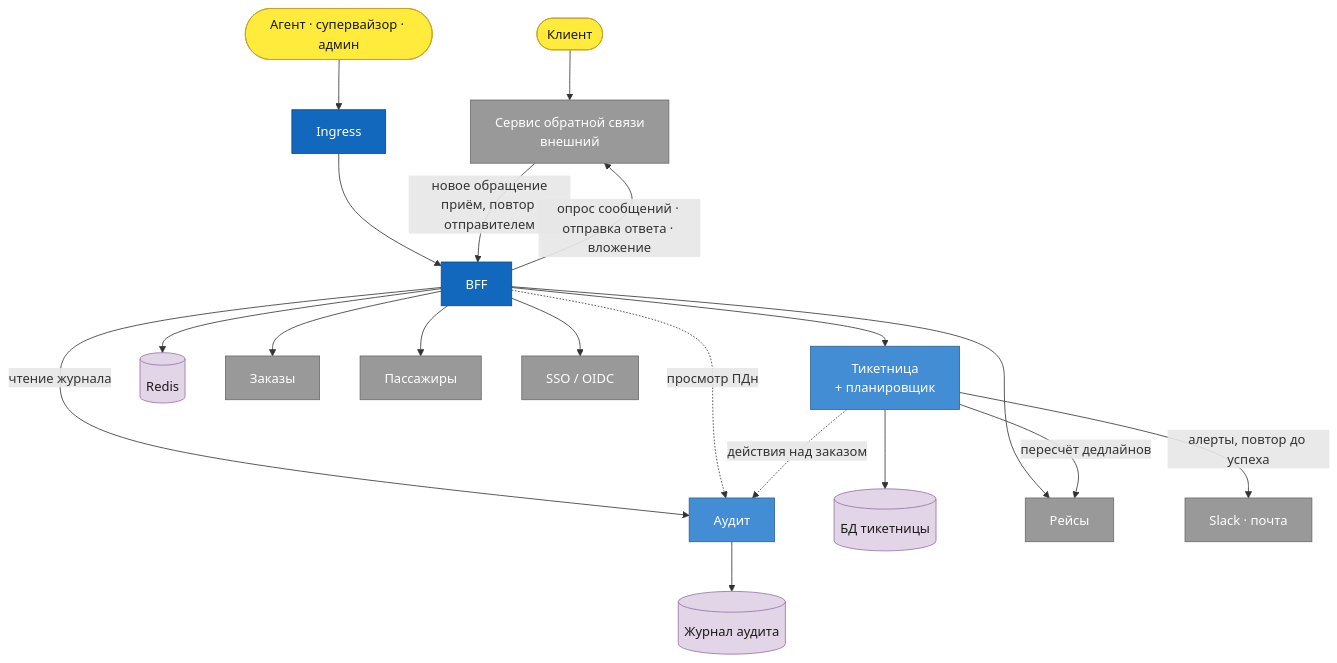
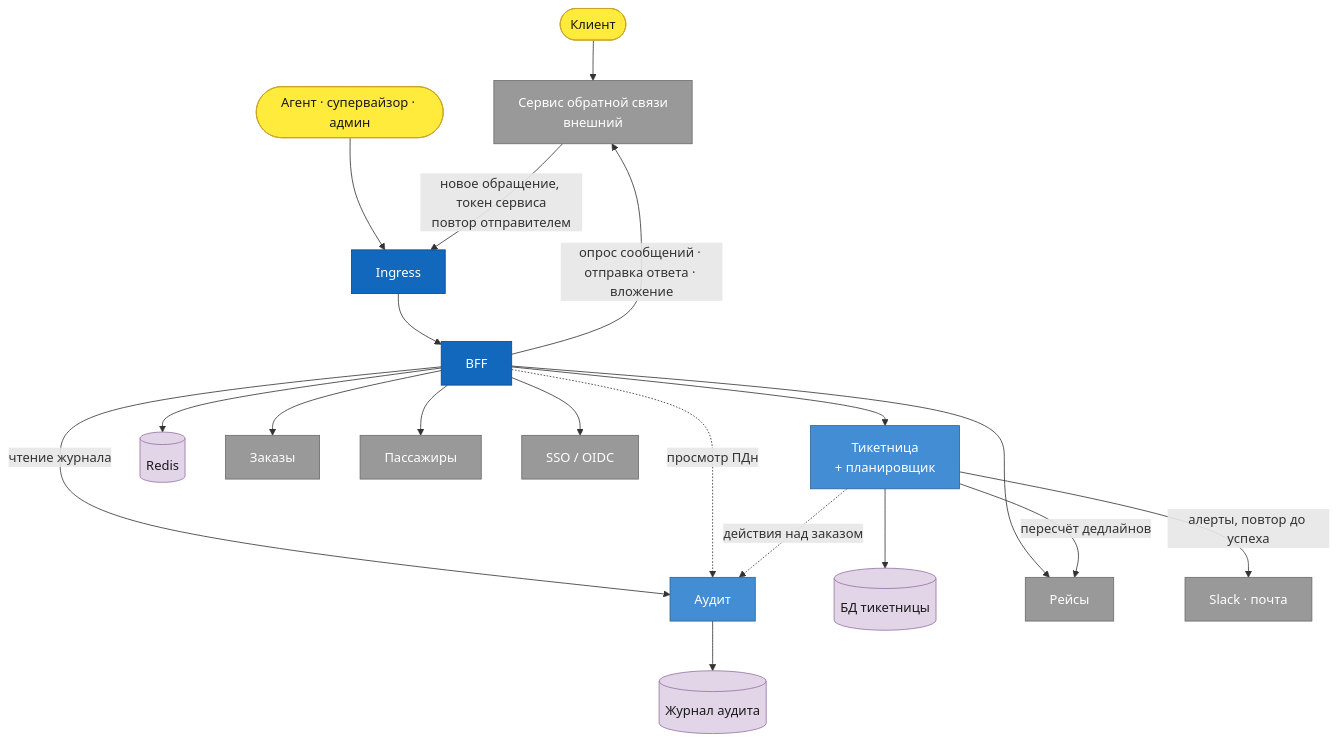
One commit to lionlimon/otus_lessons changed the first of 2 diagrams in docs/views/interaction-map.md. Above: the diagram before and after it, drawn with Mermaid. The commit also changed other lines of this file and 6 other files, not shown here.

````diff
--- a/docs/views/interaction-map.md
+++ b/docs/views/interaction-map.md
@@ -9,53 +9,53 @@
 ```mermaid
 flowchart TB
     CL(["Клиент"])
     AG(["Агент · супервайзор · админ"])
 
     FB["Сервис обратной связи<br/>внешний"]
     I["Ingress"]
     F["BFF"]
     T["Тикетница<br/>+ планировщик"]
     AU["Аудит"]
     RD[("Redis")]
     DB[("БД тикетницы")]
     ADB[("Журнал аудита")]
     OR["Заказы"]
     FL["Рейсы"]
     PX["Пассажиры"]
     ID["SSO / OIDC"]
     SL["Slack · почта"]
 
     CL --> FB
     AG --> I
     I --> F
 
-    FB -->|"новое обращение<br/>приём, повтор отправителем"| F
+    FB -->|"новое обращение, токен сервиса<br/>повтор отправителем"| I
     F -->|"опрос сообщений · отправка ответа · вложение"| FB
 
     F --> T
     F --> RD
     F --> OR
     F --> FL
     F --> PX
     F --> ID
     F -->|"чтение журнала"| AU
     F -.->|"просмотр ПДн"| AU
 
     T --> DB
     T -->|"пересчёт дедлайнов"| FL
     T -->|"алерты, повтор до успеха"| SL
     T -.->|"действия над заказом"| AU
     AU --> ADB
 
     classDef actor fill:#FFEB3B,stroke:#C9A227,color:#1a1a1a;
     classDef entry fill:#1168bd,stroke:#0b4884,color:#ffffff;
     classDef svc fill:#438dd5,stroke:#2e6295,color:#ffffff;
     classDef ext fill:#999999,stroke:#6b6b6b,color:#ffffff;
     classDef store fill:#e1d5e7,stroke:#9673a6,color:#1a1a1a;
 
     class CL,AG actor
     class I,F entry
     class T,AU svc
     class FB,OR,FL,PX,ID,SL ext
     class RD,DB,ADB store
 ```
````
